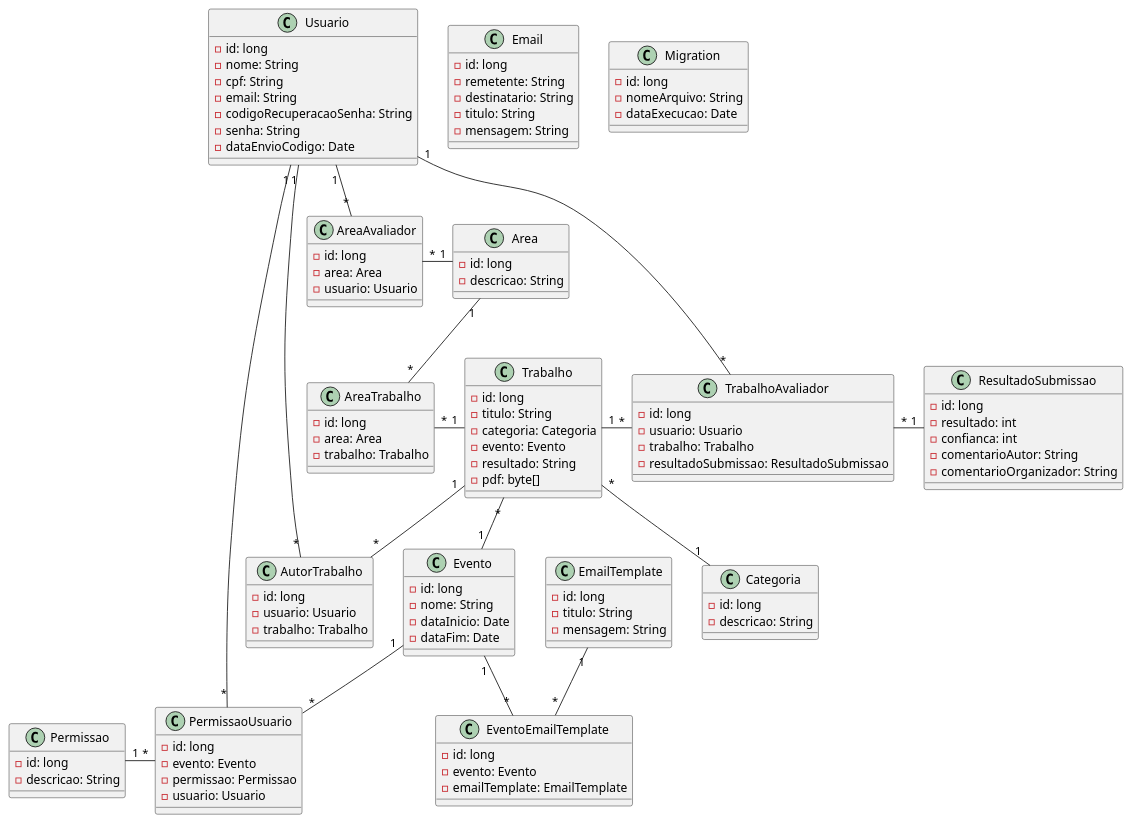
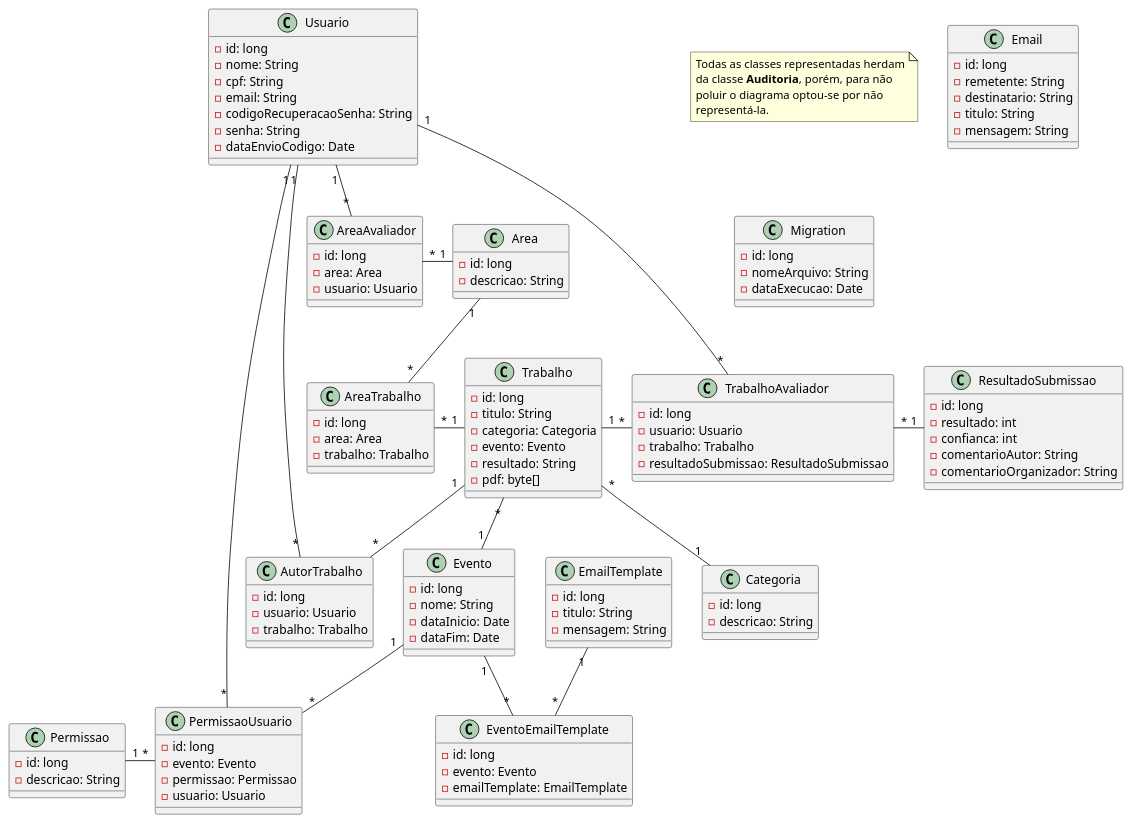
One commit to ifpr-paranavai/Trabif changed the diagram in back/src/main/resources/diagrams/classDiagram.puml. Above: the diagram before and after it, drawn with PlantUML.

Commit message:
Adicionada nota no diagrama sobre a classe de auditoria

```diff
--- a/back/src/main/resources/diagrams/classDiagram.puml
+++ b/back/src/main/resources/diagrams/classDiagram.puml
@@ -1,127 +1,134 @@
 @startuml
+
+note as N1
+  Todas as classes representadas herdam
+  da classe <b>Auditoria</b>, porém, para não
+  poluir o diagrama optou-se por não
+  representá-la.
+end note
 
 class Area {
 - id: long
 - descricao: String
 }
 
 class AreaAvaliador {
 - id: long
 - area: Area
 - usuario: Usuario
 }
 
 class AreaTrabalho {
 - id: long
 - area: Area
 - trabalho: Trabalho
 }
 
 class AutorTrabalho {
 - id: long
 - usuario: Usuario
 - trabalho: Trabalho
 }
 
 class Categoria {
 - id: long
 - descricao: String
 }
 
 class Email {
 - id: long
 - remetente: String
 - destinatario: String
 - titulo: String
 - mensagem: String
 }
 
 class EmailTemplate {
 - id: long
 - titulo: String
 - mensagem: String
 }
 
 class Evento {
 - id: long
 - nome: String
 - dataInicio: Date
 - dataFim: Date
 }
 
 class EventoEmailTemplate {
 - id: long
 - evento: Evento
 - emailTemplate: EmailTemplate
 }
 
 class Migration {
 - id: long
 - nomeArquivo: String
 - dataExecucao: Date
 }
 
 class Permissao {
 - id: long
 - descricao: String
 }
 
 class PermissaoUsuario {
 - id: long
 - evento: Evento
 - permissao: Permissao
 - usuario: Usuario
 }
 
 class ResultadoSubmissao {
 - id: long
 - resultado: int
 - confianca: int
 - comentarioAutor: String
 - comentarioOrganizador: String
 }
 
 class Trabalho {
 - id: long
 - titulo: String
 - categoria: Categoria
 - evento: Evento
 - resultado: String
 - pdf: byte[]
 }
 
 class TrabalhoAvaliador {
 - id: long
 - usuario: Usuario
 - trabalho: Trabalho
 - resultadoSubmissao: ResultadoSubmissao
 }
 
 class Usuario {
 - id: long
 - nome: String
 - cpf: String
 - email: String
 - codigoRecuperacaoSenha: String
 - senha: String
 - dataEnvioCodigo: Date
 }
 
 Area "1" -left- "*" AreaAvaliador
 Area "1" -- "*" AreaTrabalho
 Usuario "1" -down- "*" AreaAvaliador
 Usuario "1" -left- "*" AutorTrabalho
 Usuario "1" -down- "*" TrabalhoAvaliador
 Usuario "1" -up- "*" PermissaoUsuario
 Trabalho "1" -down- "*" AutorTrabalho
 Trabalho "1" -left- "*" AreaTrabalho
 Trabalho "*" -- "1" Categoria
 Trabalho "*" -- "1" Evento
 Trabalho "1" -right- "*" TrabalhoAvaliador
 Permissao "1" -right- "*" PermissaoUsuario
 Evento "1" -- "*" PermissaoUsuario
 Evento "1" -- "*" EventoEmailTemplate
 EmailTemplate "1" -- "*" EventoEmailTemplate
 ResultadoSubmissao "1" -left- "*" TrabalhoAvaliador
 
 @enduml
```
